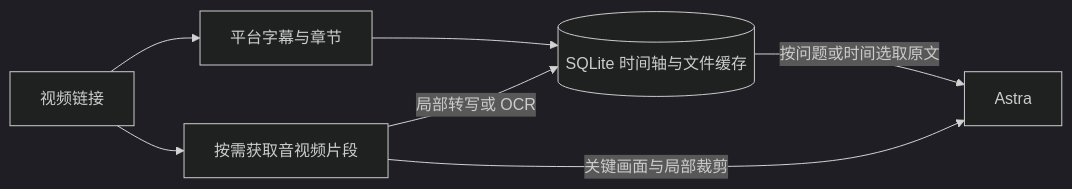
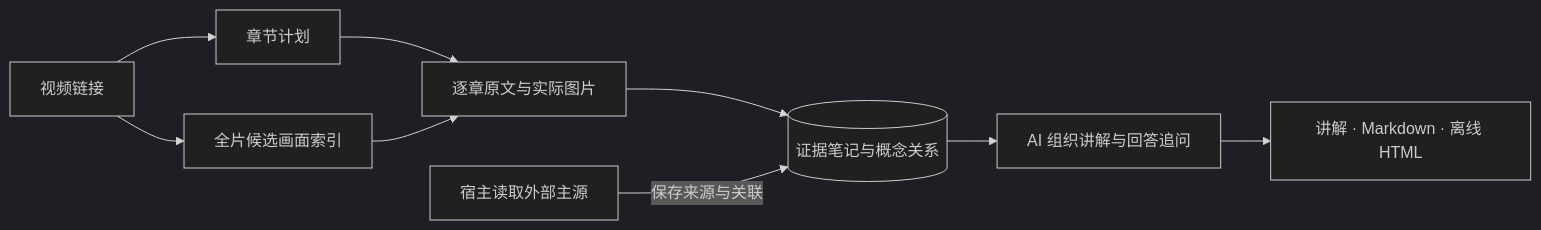
The diagram in README.md (RicardoMin/VidLens), drawn with Mermaid (dark theme) before and after one commit. The commit also changed other lines of this file and 109 other files, not shown here.

````diff
--- a/README.md
+++ b/README.md
@@ -35,9 +66,11 @@
 ```mermaid
 flowchart LR
-    URL[视频链接] --> Captions[平台字幕与章节]
-    URL --> Clips[按需获取音视频片段]
-    Captions --> Cache[(SQLite 时间轴与文件缓存)]
-    Clips -->|局部转写或 OCR| Cache
-    Cache -->|按问题或时间选取原文| Reader[Astra]
-    Clips -->|关键画面与局部裁剪| Reader
+    URL[视频链接] --> Plan[章节计划]
+    URL --> Scan[全片候选画面索引]
+    Plan --> Read[逐章原文与实际图片]
+    Scan --> Read
+    Read --> Notes[(证据笔记与概念关系)]
+    Web[宿主读取外部主源] -->|保存来源与关联| Notes
+    Notes --> AI[AI 组织讲解与回答追问]
+    AI --> Output[讲解 · Markdown · 离线 HTML]
 ```
````
